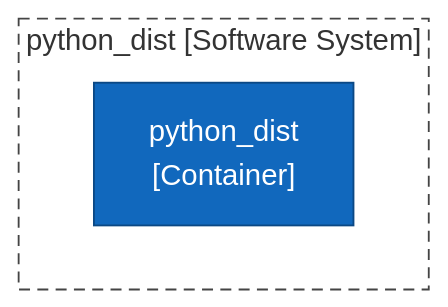
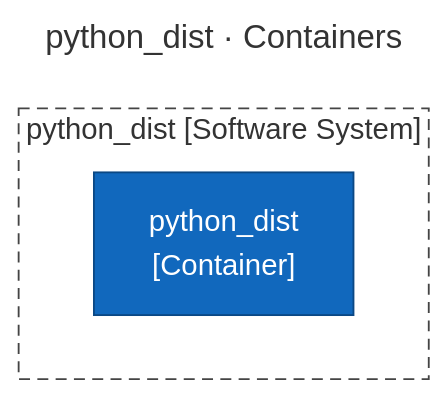
One commit to ythalorossy/architecture-skills changed the first of 3 diagrams in tests/golden/python_dist/output/ArchitectureReport.md. Above: the diagram before and after it, drawn with Mermaid. The commit also changed other lines of this file and 56 other files, not shown here.

First line of the commit message:
feat(c4): title every diagram and add one Key to the report

````diff
--- a/tests/golden/python_dist/output/ArchitectureReport.md
+++ b/tests/golden/python_dist/output/ArchitectureReport.md
@@ -27,14 +38,17 @@
 ```mermaid
+---
+title: "python_dist · Containers"
+---
 flowchart TB
     subgraph boundary["python_dist [Software System]"]
         python_dist["python_dist<br/>[Container]"]
     end
     classDef person fill:#08427b,stroke:#052e56,color:#ffffff
     classDef container fill:#1168bd,stroke:#0b4884,color:#ffffff
     classDef system fill:#1168bd,stroke:#0b4884,color:#ffffff
     classDef component fill:#85bbf0,stroke:#5d82a8,color:#000000
     classDef external fill:#999999,stroke:#6b6b6b,color:#ffffff
     classDef shared fill:#dbe9f6,stroke:#5d82a8,color:#000000,stroke-dasharray:4 3
     class python_dist container
     style boundary fill:none,stroke:#444444,stroke-dasharray:6 4
 ```
````
